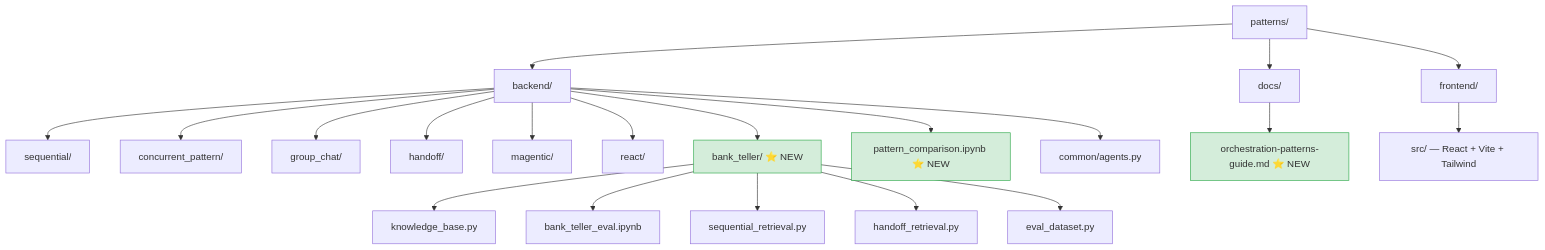
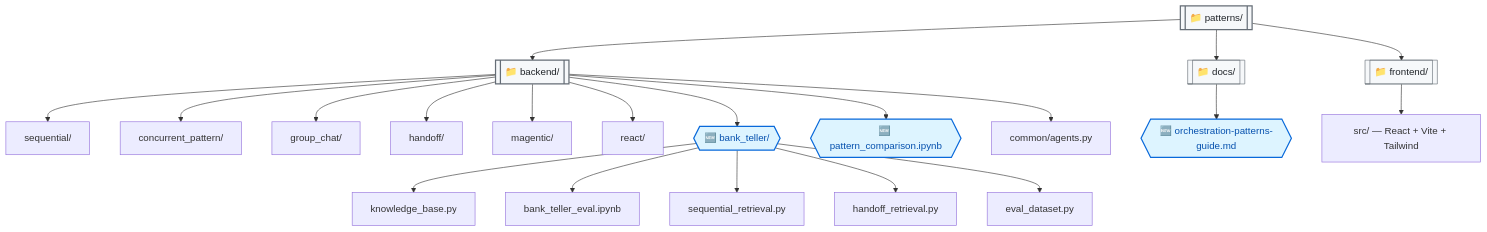
One commit to gabycb/pattern-sandbox-eval changed the diagram in README.md. Above: the diagram before and after it, drawn with Mermaid. The commit also changed other lines of this file, not shown here.

Commit message:
Improve mermaid diagram accessibility (WCAG-compliant, triple-encoded)
- Shape differentiation: hexagons for new items, rounded rects for existing
- Color: blue (#0969DA) passes WCAG AA contrast on white background
- Icon: 🆕 emoji prefix as redundant non-color indicator
- Neutral gray for existing folders (no color-only distinction)

````diff
--- a/README.md
+++ b/README.md
@@ -9,30 +9,37 @@
 ```mermaid
 graph TD
-    ROOT[patterns/] --> BE[backend/]
-    ROOT --> FE[frontend/]
-    ROOT --> DOCS[docs/]
+    ROOT[["📁 patterns/"]] --> BE[["📁 backend/"]]
+    ROOT --> FE[["📁 frontend/"]]
+    ROOT --> DOCS[["📁 docs/"]]
 
     BE --> SEQ[sequential/]
     BE --> CONC[concurrent_pattern/]
     BE --> GC[group_chat/]
     BE --> HO[handoff/]
     BE --> MAG[magentic/]
     BE --> REACT[react/]
-    BE --> BT[bank_teller/ ⭐ NEW]
-    BE --> PC[pattern_comparison.ipynb ⭐ NEW]
+    BE --> BT{{"🆕 bank_teller/"}}
+    BE --> PC{{"🆕 pattern_comparison.ipynb"}}
     BE --> COMMON[common/agents.py]
 
     BT --> KB[knowledge_base.py]
     BT --> EVAL[bank_teller_eval.ipynb]
     BT --> SEQ_R[sequential_retrieval.py]
     BT --> HO_R[handoff_retrieval.py]
     BT --> DS[eval_dataset.py]
 
-    DOCS --> GUIDE[orchestration-patterns-guide.md ⭐ NEW]
+    DOCS --> GUIDE{{"🆕 orchestration-patterns-guide.md"}}
 
     FE --> SRC[src/ — React + Vite + Tailwind]
 
-    style BT fill:#d4edda,stroke:#28a745
-    style PC fill:#d4edda,stroke:#28a745
-    style GUIDE fill:#d4edda,stroke:#28a745
+    %% Accessible styling: shape + color + icon triple-encoding
+    %% Using blue (#0969DA) for new items — passes WCAG AA on white
+    %% Existing items use neutral gray — no color-only distinction
+    style ROOT fill:#f6f8fa,stroke:#656d76,stroke-width:2px,color:#1f2328
+    style BE fill:#f6f8fa,stroke:#656d76,stroke-width:2px,color:#1f2328
+    style FE fill:#f6f8fa,stroke:#656d76,stroke-width:1px,color:#1f2328
+    style DOCS fill:#f6f8fa,stroke:#656d76,stroke-width:1px,color:#1f2328
+    style BT fill:#ddf4ff,stroke:#0969da,stroke-width:2px,color:#0550ae
+    style PC fill:#ddf4ff,stroke:#0969da,stroke-width:2px,color:#0550ae
+    style GUIDE fill:#ddf4ff,stroke:#0969da,stroke-width:2px,color:#0550ae
 ```
````
